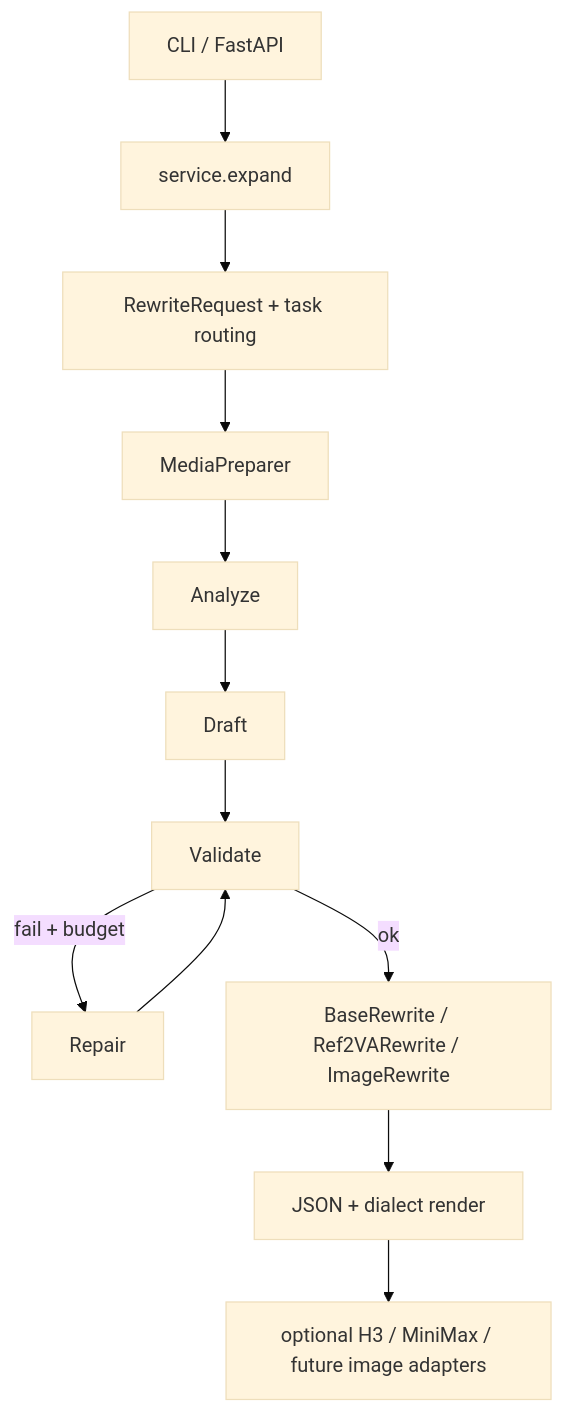
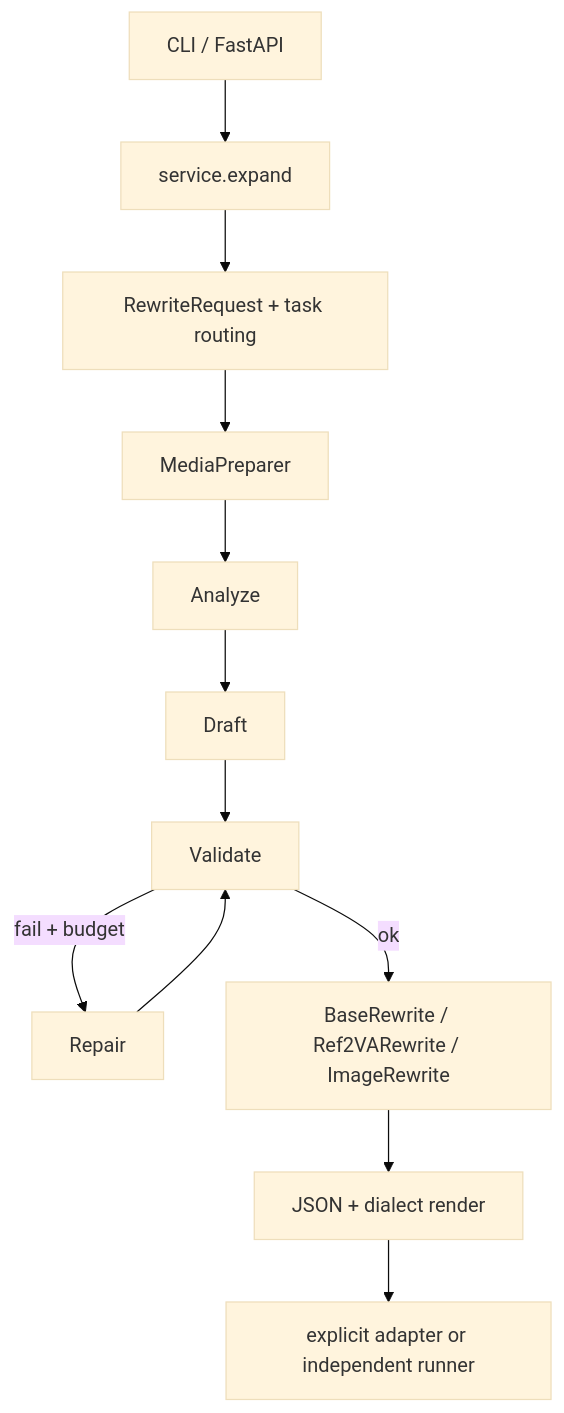
Before and after one commit to WayneJin0918/Omni-Rewriter: the diagram in docs/architecture.md, drawn with Mermaid (base theme). The commit also changed other lines of this file and 71 other files, not shown here.

````diff
--- a/docs/architecture.md
+++ b/docs/architecture.md
@@ -17,14 +18,14 @@
 ```mermaid
 flowchart TD
   CLI[CLI / FastAPI] --> S[service.expand]
   S --> R[RewriteRequest + task routing]
   R --> M[MediaPreparer]
   M --> A[Analyze]
   A --> D[Draft]
   D --> V[Validate]
   V -->|fail + budget| P[Repair]
   P --> V
   V -->|ok| O[BaseRewrite / Ref2VARewrite / ImageRewrite]
   O --> Out[JSON + dialect render]
-  Out --> Gen[optional H3 / MiniMax / future image adapters]
+  Out --> Gen[explicit adapter or independent runner]
 ```
````
